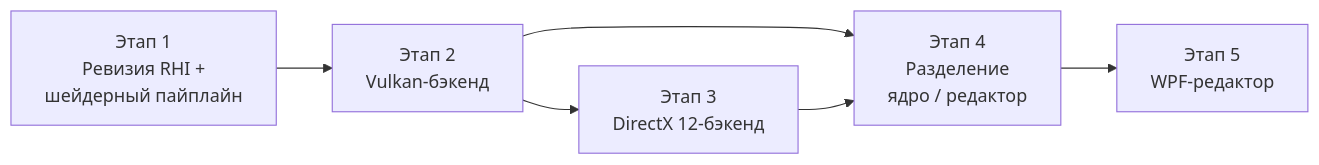
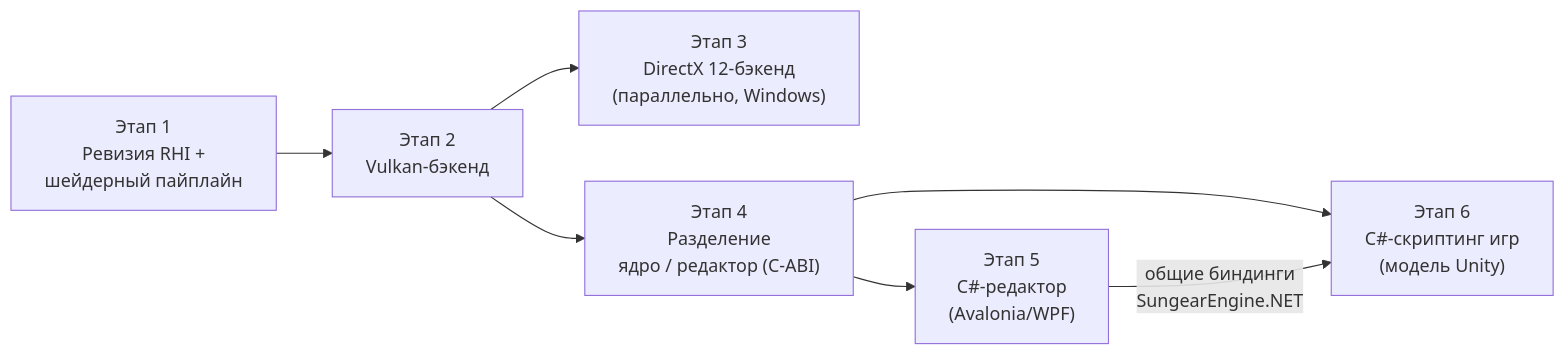
One commit to 8bitniksis/SungearEngine changed the diagram in docs/IMPLEMENTATION_PLAN.md. Above: the diagram before and after it, drawn with Mermaid. The commit also changed other lines of this file and 1 other file, not shown here.

First line of the commit message:
docs(plan): этап C#-скриптинга по модели Unity, редактор на C#

````diff
--- a/docs/IMPLEMENTATION_PLAN.md
+++ b/docs/IMPLEMENTATION_PLAN.md
@@ -77,8 +79,9 @@
 ```mermaid
 graph LR
     A["Этап 1<br/>Ревизия RHI +<br/>шейдерный пайплайн"] --> B["Этап 2<br/>Vulkan-бэкенд"]
-    B --> C["Этап 3<br/>DirectX 12-бэкенд"]
-    B --> D["Этап 4<br/>Разделение<br/>ядро / редактор"]
-    C --> D
-    D --> E["Этап 5<br/>WPF-редактор"]
+    B --> C["Этап 3<br/>DirectX 12-бэкенд<br/>(параллельно, Windows)"]
+    B --> D["Этап 4<br/>Разделение<br/>ядро / редактор (C-ABI)"]
+    D --> E["Этап 5<br/>C#-редактор<br/>(Avalonia/WPF)"]
+    D --> F["Этап 6<br/>C#-скриптинг игр<br/>(модель Unity)"]
+    E -->|"общие биндинги<br/>SungearEngine.NET"| F
 ```
````
